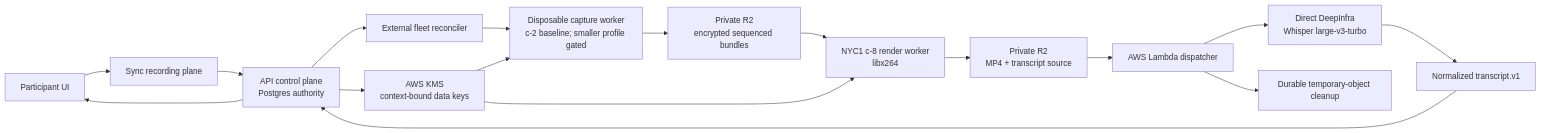
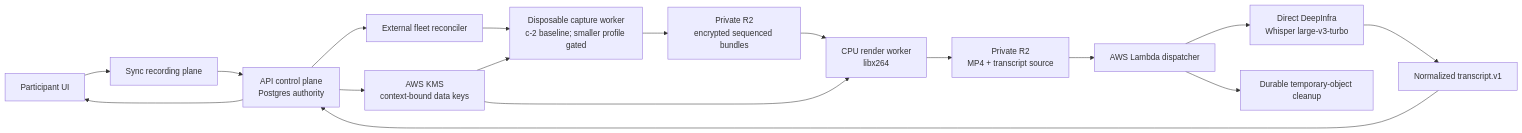
One commit to Q9Labs/chalk changed the diagram in docs/recording-transcription.md. Above: the diagram before and after it, drawn with Mermaid. The commit also changed other lines of this file and 4 other files, not shown here.

````diff
--- a/docs/recording-transcription.md
+++ b/docs/recording-transcription.md
@@ -30,19 +30,19 @@
 ```mermaid
 flowchart LR
   participant[Participant UI] --> sync[Sync recording plane]
   sync --> api[API control plane<br/>Postgres authority]
   api --> fleet[External fleet reconciler]
   fleet --> capture[Disposable capture worker<br/>c-2 baseline; smaller profile gated]
   capture --> temp[Private R2<br/>encrypted sequenced bundles]
   api --> kms[AWS KMS<br/>context-bound data keys]
-  temp --> render[NYC1 c-8 render worker<br/>libx264]
+  temp --> render[CPU render worker<br/>libx264]
   kms --> capture
   kms --> render
   render --> artifact[Private R2<br/>MP4 + transcript source]
   artifact --> dispatcher[AWS Lambda dispatcher]
   dispatcher --> asr[Direct DeepInfra<br/>Whisper large-v3-turbo]
   asr --> transcript[Normalized transcript.v1]
   transcript --> api
   api --> participant
   dispatcher --> cleanup[Durable temporary-object cleanup]
 ```
````
